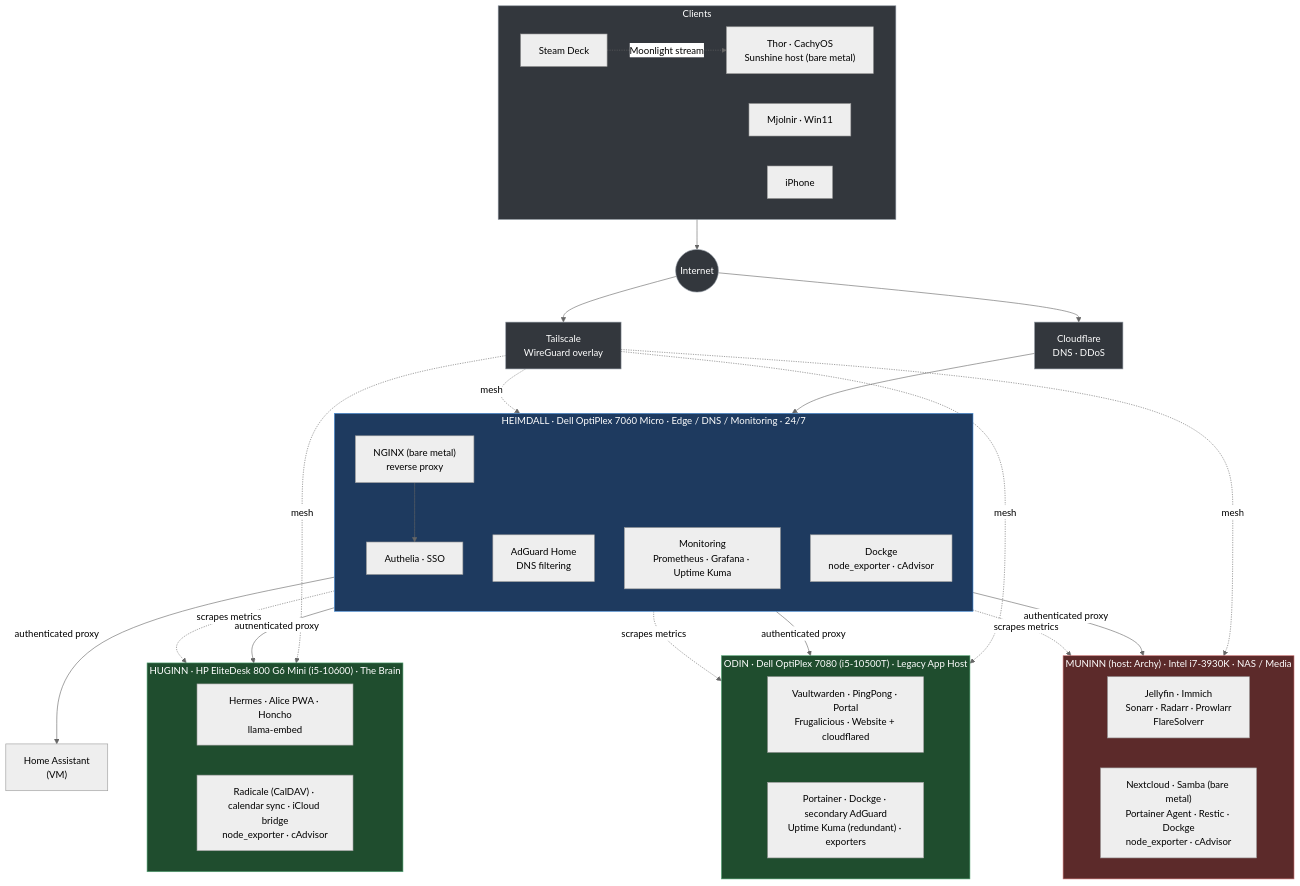
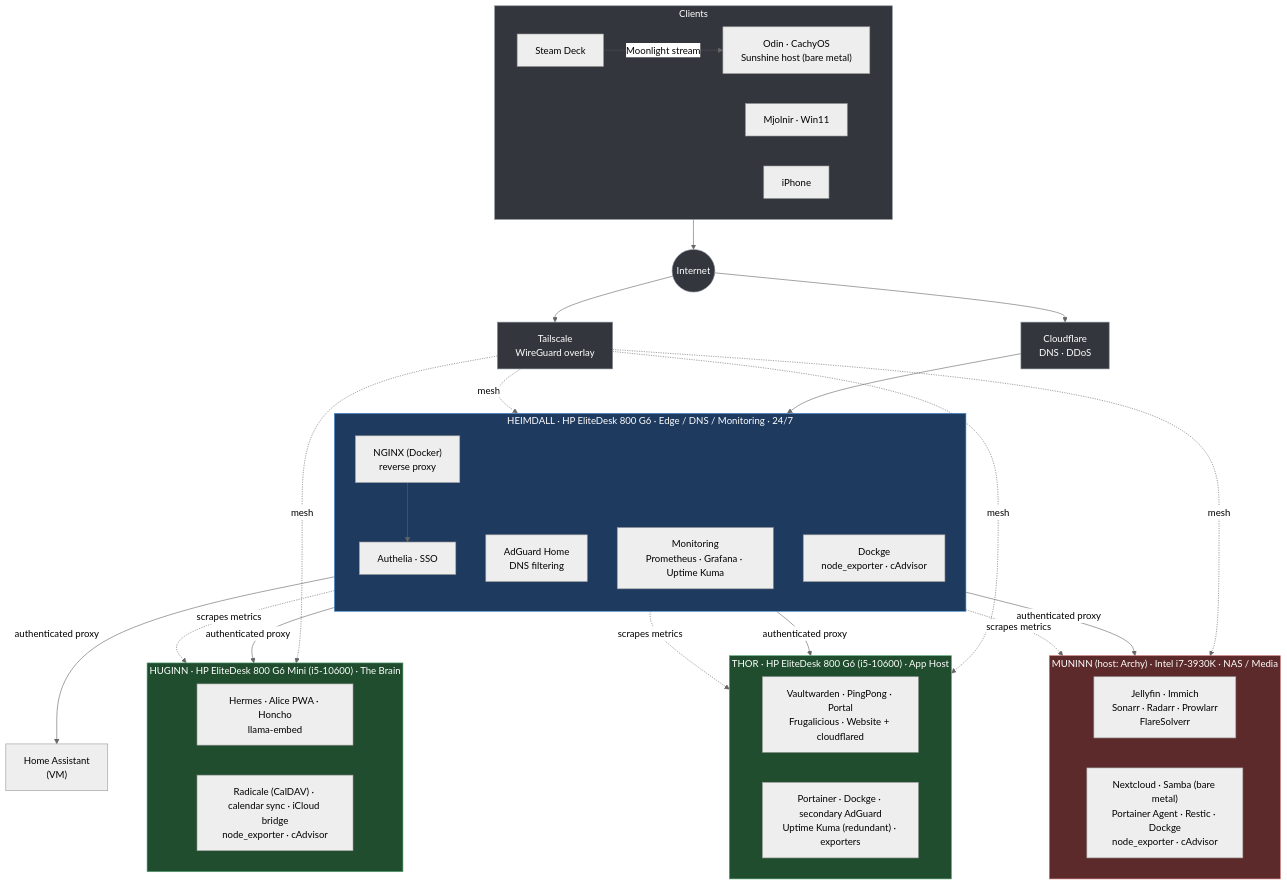
The diagram in README.md (bjschnell/NoPlaceLikeHomelab), drawn with Mermaid (neutral theme) before and after one commit. The commit also changed other lines of this file and 7 other files, not shown here.

Commit message:
docs: update for Nov 2026 fleet renames (Thor/Odin swap, new Heimdall HP)

````diff
--- a/README.md
+++ b/README.md
@@ -49,65 +51,65 @@
 ```mermaid
 graph TB
     subgraph Clients["Clients"]
         direction LR
-        Thor["Thor · CachyOS<br/>Sunshine host (bare metal)"]
+        Odin["Odin · CachyOS<br/>Sunshine host (bare metal)"]
         Mjolnir["Mjolnir · Win11"]
         SteamDeck["Steam Deck"]
         iPhone["iPhone"]
     end
 
     Clients --> Internet(("Internet"))
     Internet --> Cloudflare["Cloudflare<br/>DNS · DDoS"]
     Internet --> Tailscale["Tailscale<br/>WireGuard overlay"]
     Cloudflare --> NGINX
 
-    subgraph Heimdall["HEIMDALL · Dell OptiPlex 7060 Micro · Edge / DNS / Monitoring · 24/7"]
+    subgraph Heimdall["HEIMDALL · HP EliteDesk 800 G6 · Edge / DNS / Monitoring · 24/7"]
         direction TB
-        NGINX["NGINX (bare metal)<br/>reverse proxy"] --> Authelia["Authelia · SSO"]
+        NGINX["NGINX (Docker)<br/>reverse proxy"] --> Authelia["Authelia · SSO"]
         AdGuard["AdGuard Home<br/>DNS filtering"]
         Obs["Monitoring<br/>Prometheus · Grafana · Uptime Kuma"]
         Mgmt_H["Dockge<br/>node_exporter · cAdvisor"]
     end
 
     subgraph Huginn["HUGINN · HP EliteDesk 800 G6 Mini (i5-10600) · The Brain"]
         direction LR
         H_ai["Hermes · Alice PWA · Honcho<br/>llama-embed"]
         H_svc["Radicale (CalDAV) · calendar sync · iCloud bridge<br/>node_exporter · cAdvisor"]
     end
 
-    subgraph Odin["ODIN · Dell OptiPlex 7080 (i5-10500T) · Legacy App Host"]
+    subgraph Thor["THOR · HP EliteDesk 800 G6 (i5-10600) · App Host"]
         direction LR
         A_apps["Vaultwarden · PingPong · Portal<br/>Frugalicious · Website + cloudflared"]
         A_mgmt["Portainer · Dockge · secondary AdGuard<br/>Uptime Kuma (redundant) · exporters"]
     end
 
     HA["Home Assistant<br/>(VM)"]
 
     subgraph Muninn["MUNINN (host: Archy) · Intel i7-3930K · NAS / Media"]
         direction LR
         M_media["Jellyfin · Immich<br/>Sonarr · Radarr · Prowlarr<br/>FlareSolverr"]
         M_store["Nextcloud · Samba (bare metal)<br/>Portainer Agent · Restic · Dockge<br/>node_exporter · cAdvisor"]
     end
 
     Authelia -- authenticated proxy --> Huginn
-    Authelia -- authenticated proxy --> Odin
+    Authelia -- authenticated proxy --> Thor
     Authelia -- authenticated proxy --> HA
     Authelia -- authenticated proxy --> Muninn
     Tailscale -. mesh .-> Heimdall
     Tailscale -. mesh .-> Huginn
-    Tailscale -. mesh .-> Odin
+    Tailscale -. mesh .-> Thor
     Tailscale -. mesh .-> Muninn
     Obs -. scrapes metrics .-> Huginn
-    Obs -. scrapes metrics .-> Odin
+    Obs -. scrapes metrics .-> Thor
     Obs -. scrapes metrics .-> Muninn
-    SteamDeck -. Moonlight stream .-> Thor
+    SteamDeck -. Moonlight stream .-> Odin
 
     classDef edge fill:#1e3a5f,stroke:#4a90d9,color:#fff;
     classDef app fill:#1f4d2e,stroke:#52a373,color:#fff;
     classDef nas fill:#5c2a2a,stroke:#c97070,color:#fff;
     classDef net fill:#33373d,stroke:#8a929c,color:#fff;
     class Heimdall edge;
-    class Odin,Huginn app;
+    class Thor,Huginn app;
     class Muninn nas;
     class Cloudflare,Tailscale,Internet,Clients net;
 ```
````
